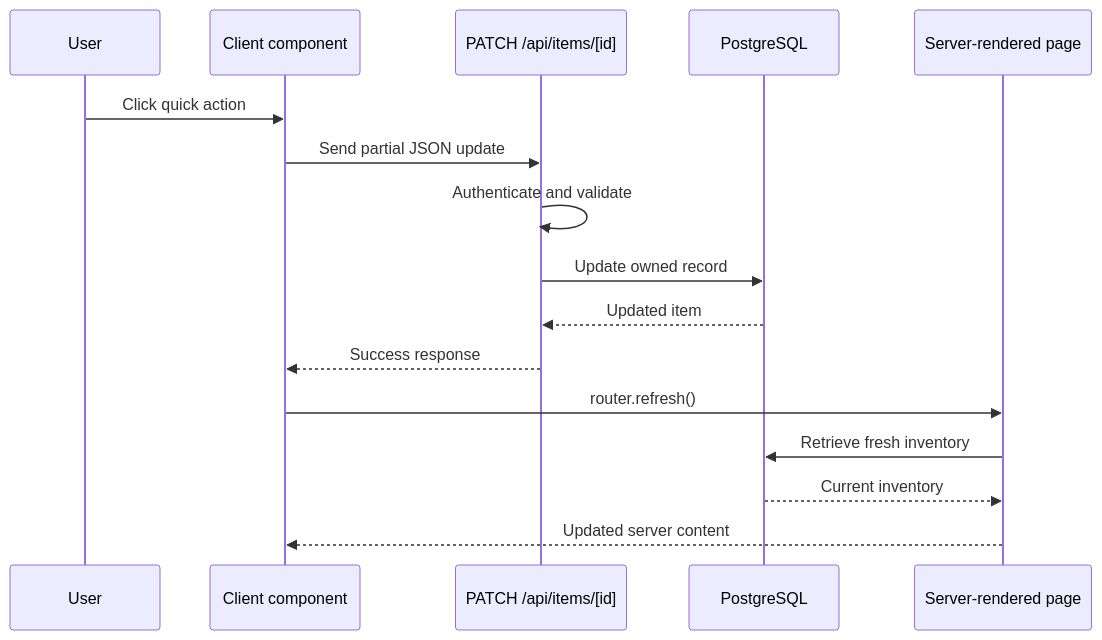
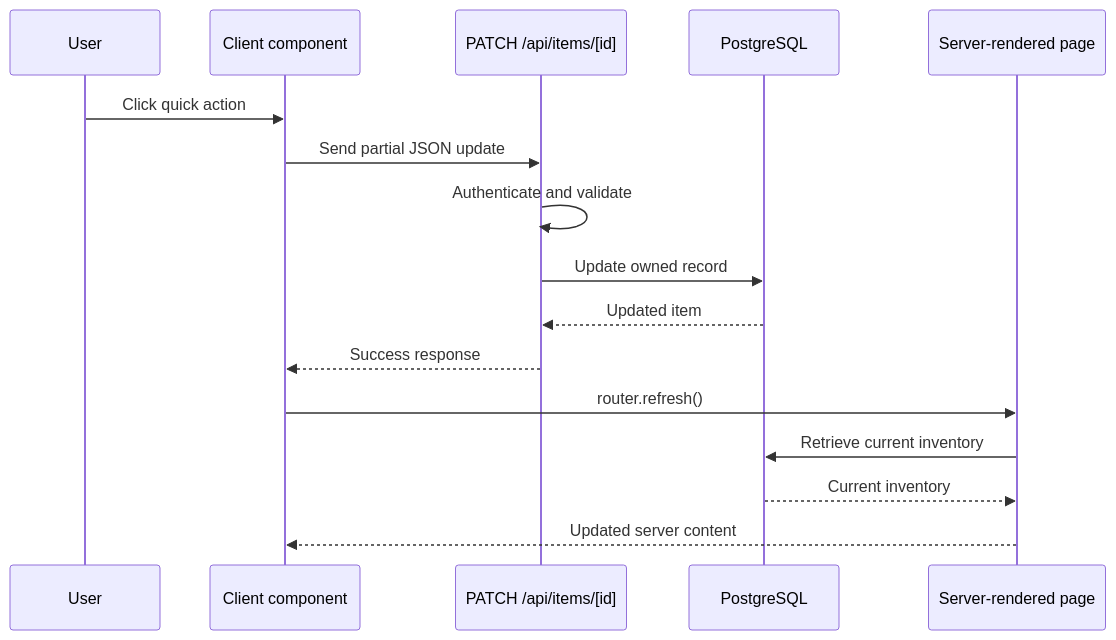
The third of 4 diagrams in docs/ARCHITECTURE.md (aidankim324/MyKitchen), drawn with Mermaid before and after one commit. The commit also changed other lines of this file and 2 other files, not shown here.

````diff
--- a/docs/ARCHITECTURE.md
+++ b/docs/ARCHITECTURE.md
@@ -178,19 +234,19 @@
 ```mermaid
 sequenceDiagram
     participant User
     participant Client as Client component
     participant API as PATCH /api/items/[id]
     participant DB as PostgreSQL
     participant Page as Server-rendered page
 
     User->>Client: Click quick action
     Client->>API: Send partial JSON update
     API->>API: Authenticate and validate
     API->>DB: Update owned record
     DB-->>API: Updated item
     API-->>Client: Success response
     Client->>Page: router.refresh()
-    Page->>DB: Retrieve fresh inventory
+    Page->>DB: Retrieve current inventory
     DB-->>Page: Current inventory
     Page-->>Client: Updated server content
 ```
````
